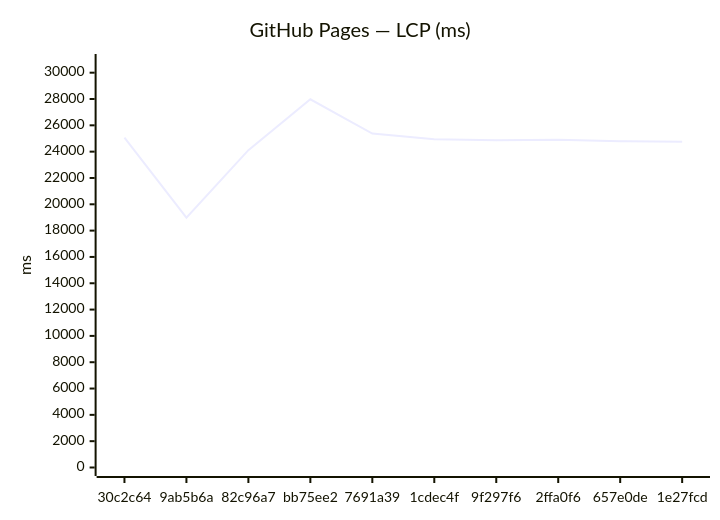
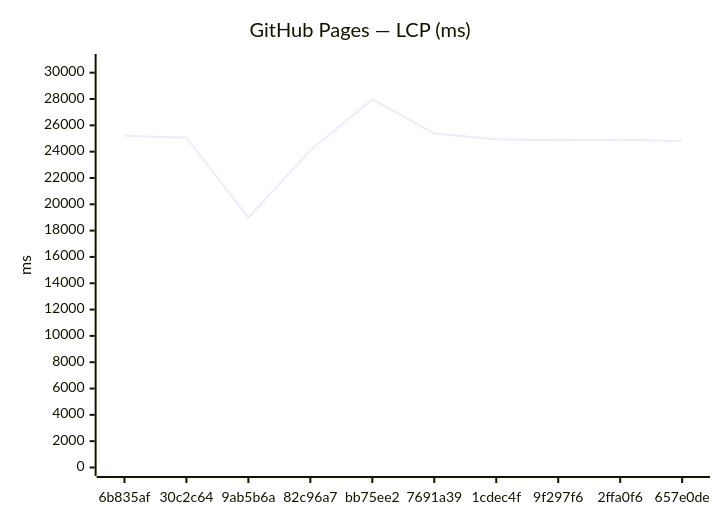
One commit to Metaheurist/Rianell changed the third of 12 diagrams in benchmarks/compare.md. Above: the diagram before and after it, drawn with Mermaid. The commit also changed other lines of this file and 8 other files, not shown here.

````diff
--- a/benchmarks/compare.md
+++ b/benchmarks/compare.md
@@ -54,7 +54,7 @@
 ```mermaid
 xychart-beta
     title "GitHub Pages — LCP (ms)"
-    x-axis ["30c2c64", "9ab5b6a", "82c96a7", "bb75ee2", "7691a39", "1cdec4f", "9f297f6", "2ffa0f6", "657e0de", "1e27fcd"]
+    x-axis ["6b835af", "30c2c64", "9ab5b6a", "82c96a7", "bb75ee2", "7691a39", "1cdec4f", "9f297f6", "2ffa0f6", "657e0de"]
     y-axis "ms" 0 --> 30774
-    line [25064, 18985, 24113, 27976, 25370, 24933, 24873, 24910, 24797, 24744]
+    line [25215, 25064, 18985, 24113, 27976, 25370, 24933, 24873, 24910, 24797]
 ```
````
